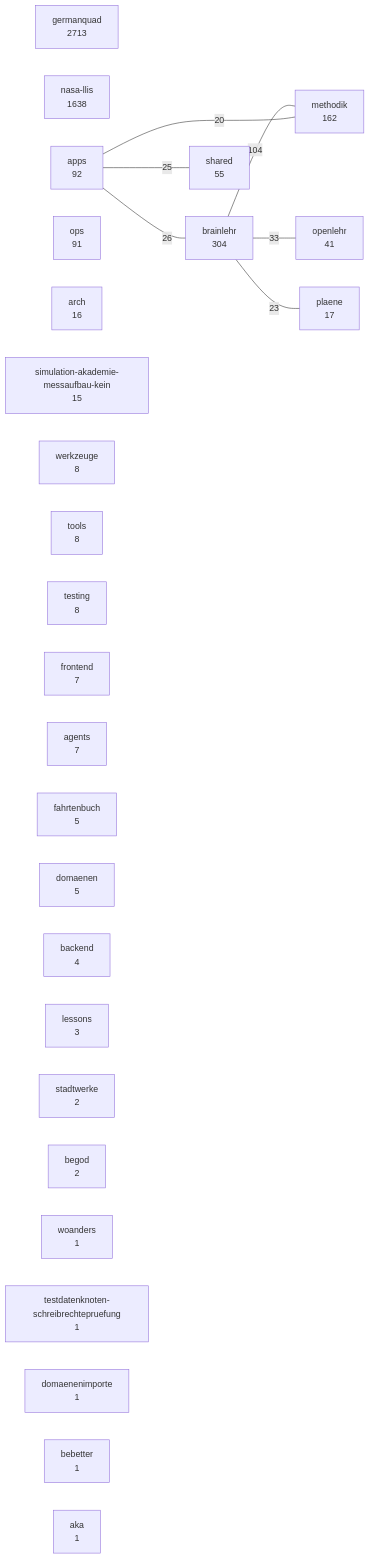
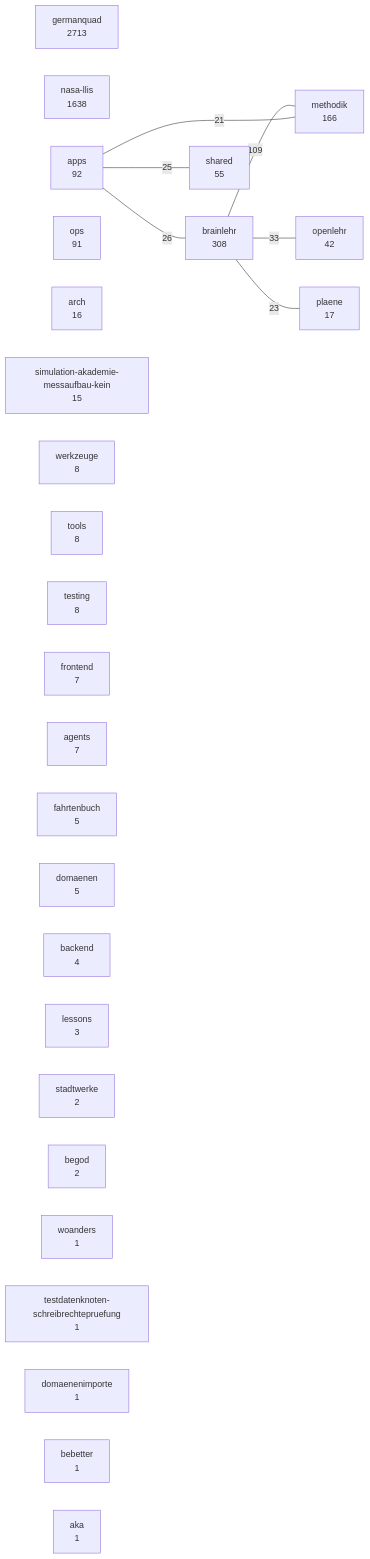
Before and after one commit to 3lehr/brainlehr: the diagram in docs/karten/bestand.md, drawn with Mermaid. The commit also changed 3 other files, not shown here.

````diff
--- a/docs/karten/bestand.md
+++ b/docs/karten/bestand.md
@@ -5,36 +5,36 @@
 ```mermaid
 graph LR
   germanquad["germanquad<br/>2713"]
   nasa_llis["nasa-llis<br/>1638"]
-  brainlehr["brainlehr<br/>304"]
-  methodik["methodik<br/>162"]
+  brainlehr["brainlehr<br/>308"]
+  methodik["methodik<br/>166"]
   apps["apps<br/>92"]
   ops["ops<br/>91"]
   shared["shared<br/>55"]
-  openlehr["openlehr<br/>41"]
+  openlehr["openlehr<br/>42"]
   plaene["plaene<br/>17"]
   arch["arch<br/>16"]
   simulation_akademie_messaufbau_kein["simulation-akademie-messaufbau-kein<br/>15"]
   werkzeuge["werkzeuge<br/>8"]
   tools["tools<br/>8"]
   testing["testing<br/>8"]
   frontend["frontend<br/>7"]
   agents["agents<br/>7"]
   fahrtenbuch["fahrtenbuch<br/>5"]
   domaenen["domaenen<br/>5"]
   backend["backend<br/>4"]
   lessons["lessons<br/>3"]
   stadtwerke["stadtwerke<br/>2"]
   begod["begod<br/>2"]
   woanders["woanders<br/>1"]
   testdatenknoten_schreibrechtepruefung["testdatenknoten-schreibrechtepruefung<br/>1"]
   domaenenimporte["domaenenimporte<br/>1"]
   bebetter["bebetter<br/>1"]
   aka["aka<br/>1"]
-  brainlehr ---|104| methodik
+  brainlehr ---|109| methodik
   brainlehr ---|33| openlehr
   apps ---|26| brainlehr
   apps ---|25| shared
   brainlehr ---|23| plaene
-  apps ---|20| methodik
+  apps ---|21| methodik
 ```
````
